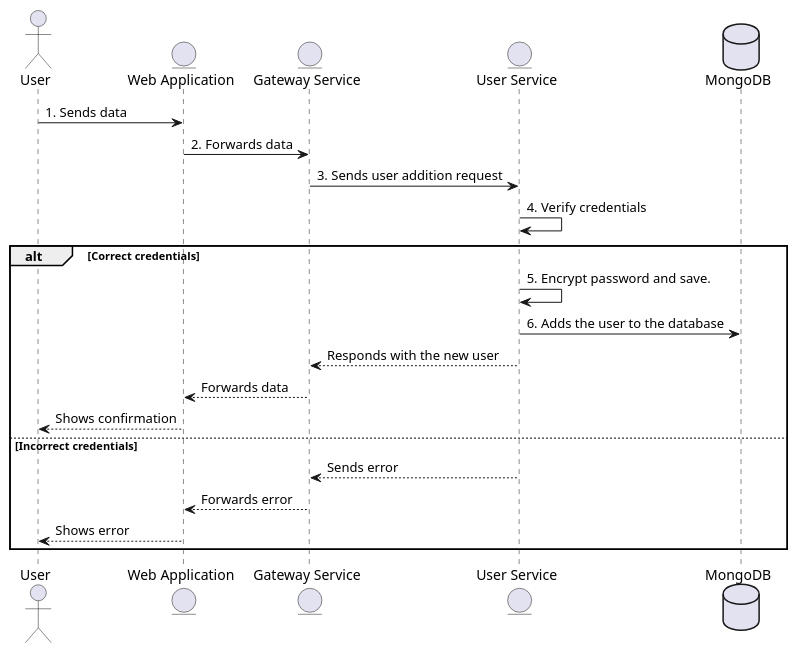
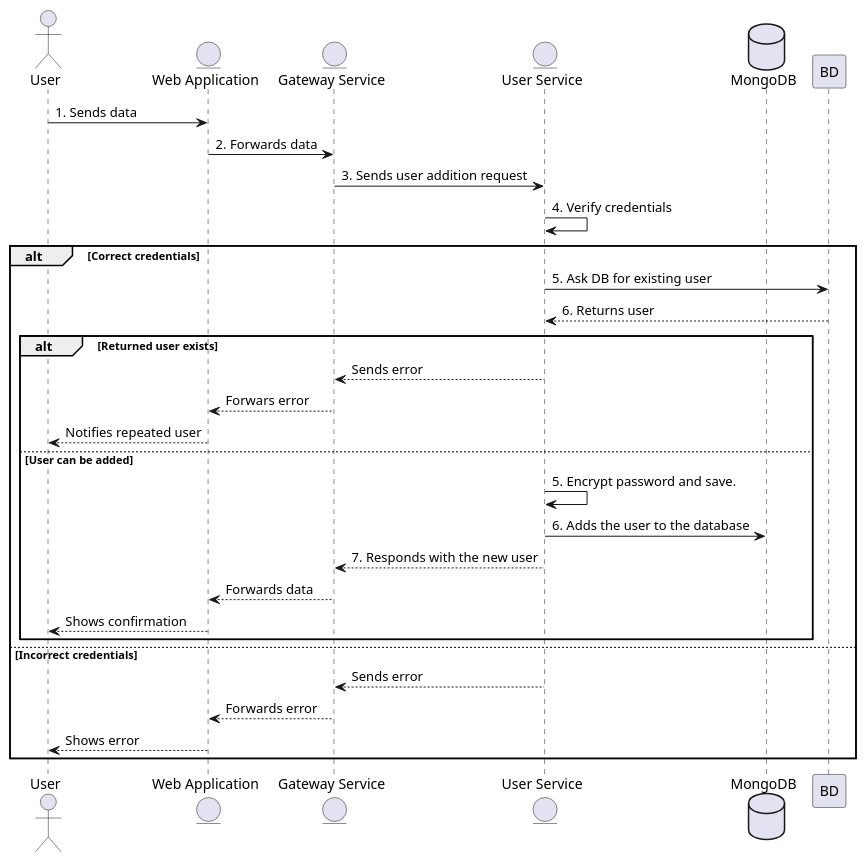
Before and after one commit to Arquisoft/wichat_en2b: the first of 3 diagrams in docs/src/06_runtime_view.adoc, drawn with PlantUML. The commit also changed other lines of this file, not shown here.

Commit message:
#7-Game example + fixing previous diagram

```diff
--- a/docs/src/06_runtime_view.adoc
+++ b/docs/src/06_runtime_view.adoc
@@ -45,27 +45,37 @@
 [plantuml,"Register diagram",png]
 ----
 actor User
 entity WA as "Web Application"
 entity GS as "Gateway Service"
 entity US as "User Service"
 database DB as "MongoDB"
 
 User -> WA : 1. Sends data
 WA -> GS : 2. Forwards data
 GS -> US : 3. Sends user addition request
 US -> US : 4. Verify credentials
 
 alt Correct credentials
-    US -> US : 5. Encrypt password and save.
-    US -> DB : 6. Adds the user to the database
-    US --> GS : Responds with the new user
-    GS --> WA : Forwards data
-    WA --> User : Shows confirmation
+    US -> BD : 5. Ask DB for existing user
+    US <-- BD : 6. Returns user
+
+    alt Returned user exists
+        GS <-- US : Sends error
+        WA <-- GS : Forwars error
+        User <--- WA : Notifies repeated user
+
+    else User can be added
+        US -> US : 5. Encrypt password and save.
+        US -> DB : 6. Adds the user to the database
+        US --> GS : 7. Responds with the new user
+        GS --> WA : Forwards data
+        WA --> User : Shows confirmation
+    end
 
 else Incorrect credentials
     US --> GS : Sends error
     GS --> WA : Forwards error
     WA --> User : Shows error
 end
 
 ----
```
